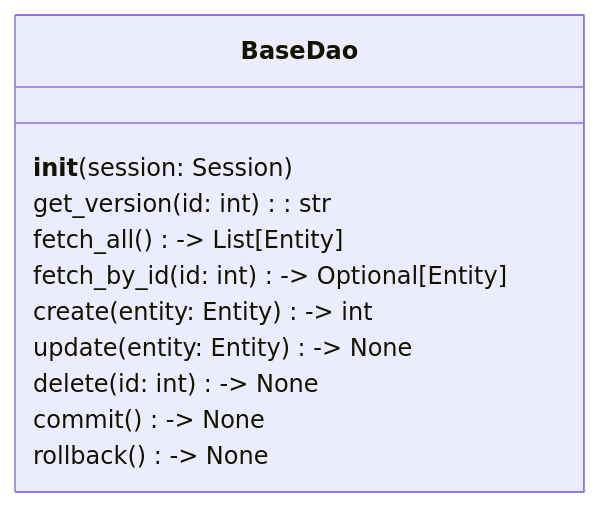
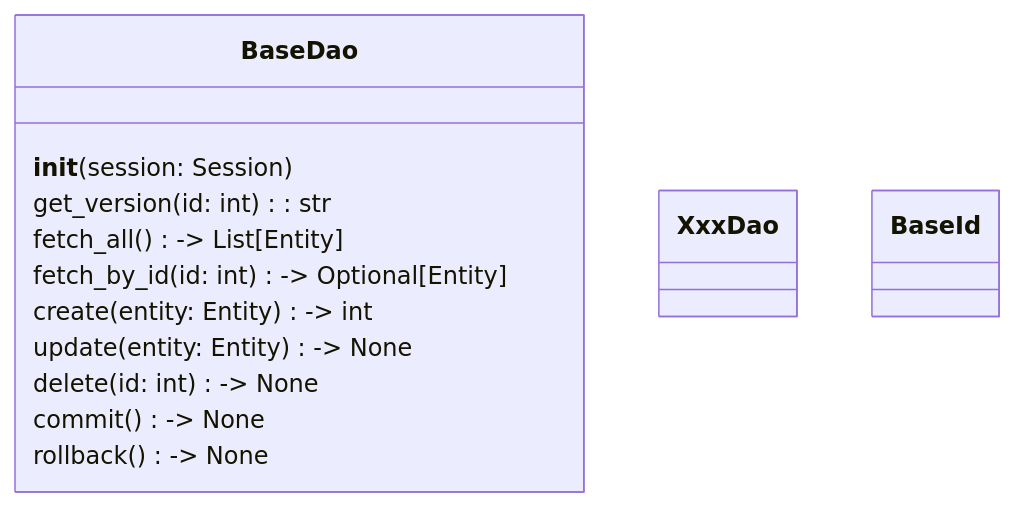
Before and after one commit to shuhei1101/allowance-questboard: the diagram in docs/ja/api/dao.md, drawn with Mermaid. The commit also changed other lines of this file, not shown here.

Commit message:
dao.md を更新

````diff
--- a/docs/ja/api/dao.md
+++ b/docs/ja/api/dao.md
@@ -9,14 +10,17 @@
 ```mermaid
 classDiagram
     class BaseDao {
       __init__(session: Session)
       get_version(id: int): str
       fetch_all() -> List[Entity]
       fetch_by_id(id: int) -> Optional[Entity]
       create(entity: Entity) -> int
       update(entity: Entity) -> None
       delete(id: int) -> None
       commit() -> None
       rollback() -> None
     }
+
+    class XxxDao
+    class BaseId
 ```
````
